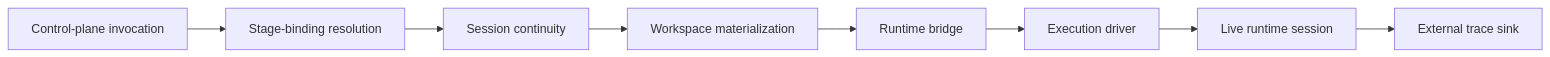
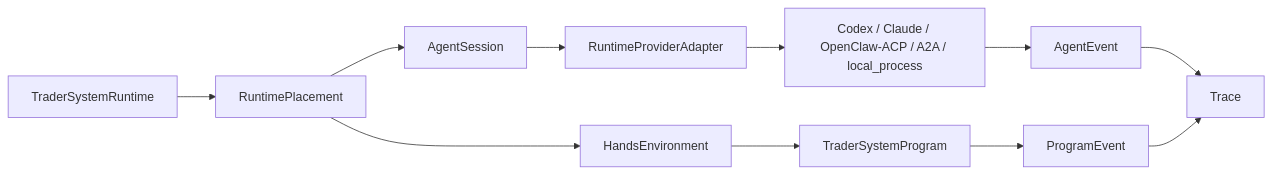
Before and after one commit to openboa-ai/ouroboros: the diagram in wiki/architecture/agent-system/01-overview.md, drawn with Mermaid. The commit also changed other lines of this file and 306 other files, not shown here.

Commit message:
docs: lock runtime control plane design baseline

````diff
--- a/wiki/architecture/agent-system/01-overview.md
+++ b/wiki/architecture/agent-system/01-overview.md
@@ -80,10 +50,13 @@
 ```mermaid
 flowchart LR
-    A["Control-plane invocation"] --> B["Stage-binding resolution"]
-    B --> C["Session continuity"]
-    C --> D["Workspace materialization"]
-    D --> E["Runtime bridge"]
-    E --> F["Execution driver"]
-    F --> G["Live runtime session"]
-    G --> H["External trace sink"]
+    RT["TraderSystemRuntime"] --> PLACE["RuntimePlacement"]
+    PLACE --> HANDS["HandsEnvironment"]
+    PLACE --> SESSION["AgentSession"]
+    SESSION --> ADAPTER["RuntimeProviderAdapter"]
+    ADAPTER --> PROVIDER["Codex / Claude / OpenClaw-ACP / A2A / local_process"]
+    PROVIDER --> EVENT["AgentEvent"]
+    HANDS --> PROG["TraderSystemProgram"]
+    PROG --> PEVENT["ProgramEvent"]
+    EVENT --> TRACE["Trace"]
+    PEVENT --> TRACE
 ```
````
